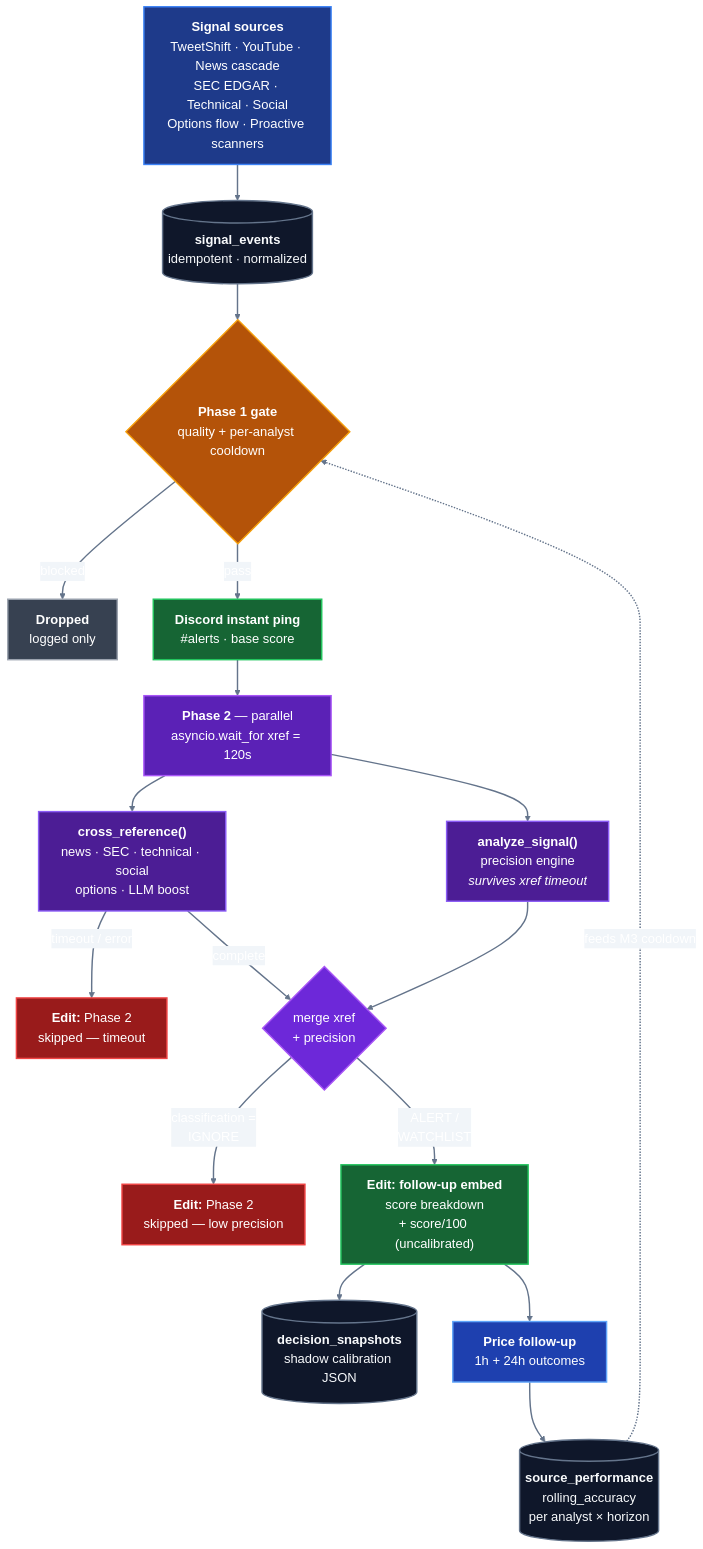
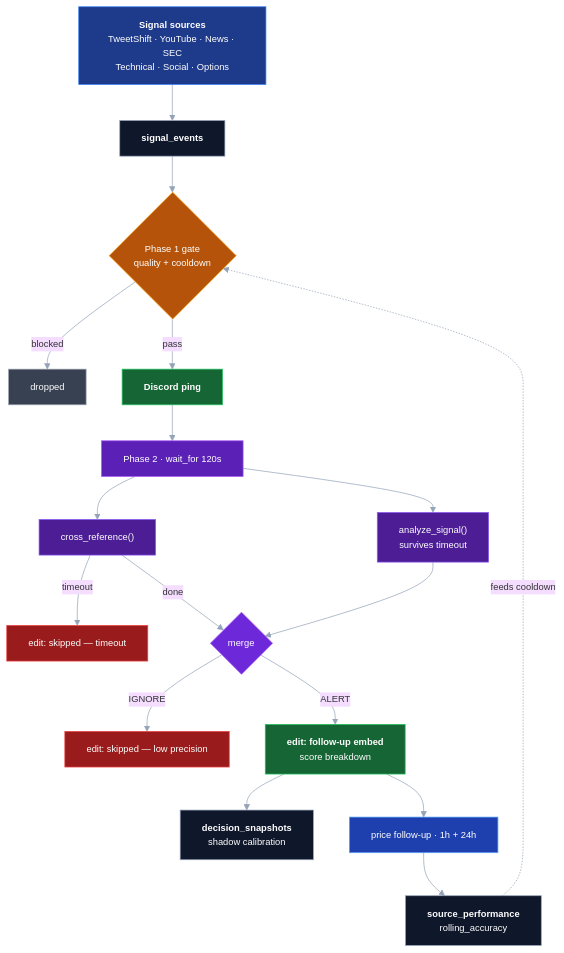
Before and after one commit to chopra2007/openclaw--StockTicker-Signals-Discord-Bot: the diagram in README.md, drawn with Mermaid.

First paragraph of the commit message:
docs: shrink Mermaid diagram + fix invisible-text on database nodes
Two problems in #6:

````diff
--- a/README.md
+++ b/README.md
@@ -9,47 +9,37 @@
 ```mermaid
-%%{init: {'theme':'base','themeVariables':{'fontSize':'18px','fontFamily':'ui-sans-serif, system-ui, sans-serif','primaryColor':'#1e40af','primaryTextColor':'#ffffff','primaryBorderColor':'#60a5fa','lineColor':'#475569','edgeLabelBackground':'#f1f5f9','tertiaryColor':'#0f172a'}}}%%
+%%{init: {'theme':'base','themeVariables':{'fontSize':'13px','lineColor':'#94a3b8'}}}%%
 flowchart TD
-    SRC["<b>Signal sources</b><br/>TweetShift · YouTube · News cascade<br/>SEC EDGAR · Technical · Social<br/>Options flow · Proactive scanners"]
+    SRC["<b>Signal sources</b><br/>TweetShift · YouTube · News · SEC<br/>Technical · Social · Options"]
+    SRC --> INGEST["<b>signal_events</b>"]
+    INGEST --> P1{"Phase 1 gate<br/>quality + cooldown"}
+    P1 -->|blocked| DROP["dropped"]
+    P1 -->|pass| PING["<b>Discord ping</b>"]
+    PING --> P2["Phase 2 · wait_for 120s"]
+    P2 --> XREF["cross_reference()"]
+    P2 --> PREC["analyze_signal()<br/>survives timeout"]
+    XREF -->|timeout| SKIP1["edit: skipped — timeout"]
+    XREF -->|done| MERGE{merge}
+    PREC --> MERGE
+    MERGE -->|IGNORE| SKIP2["edit: skipped — low precision"]
+    MERGE -->|ALERT| FOLLOW["<b>edit: follow-up embed</b><br/>score breakdown"]
+    FOLLOW --> SHADOW["<b>decision_snapshots</b><br/>shadow calibration"]
+    FOLLOW --> TRACK["price follow-up · 1h + 24h"]
+    TRACK --> PERF["<b>source_performance</b><br/>rolling_accuracy"]
+    PERF -.->|feeds cooldown| P1
 
-    SRC --> INGEST[("<b>signal_events</b><br/>idempotent · normalized")]
-
-    INGEST --> P1{"<b>Phase 1 gate</b><br/>quality + per-analyst cooldown"}
-    P1 -->|blocked| DROP["<b>Dropped</b><br/>logged only"]
-    P1 -->|pass| PING["<b>Discord instant ping</b><br/>#alerts · base score"]
-
-    PING --> P2["<b>Phase 2</b> — parallel<br/>asyncio.wait_for xref = 120s"]
-
-    P2 --> XREF["<b>cross_reference()</b><br/>news · SEC · technical · social<br/>options · LLM boost"]
-    P2 --> PREC["<b>analyze_signal()</b><br/>precision engine<br/><i>survives xref timeout</i>"]
-
-    XREF -->|timeout / error| SKIP1["<b>Edit:</b> Phase 2<br/>skipped — timeout"]
-    XREF -->|complete| MERGE{"merge xref<br/>+ precision"}
-    PREC --> MERGE
-
-    MERGE -->|classification =<br/>IGNORE| SKIP2["<b>Edit:</b> Phase 2<br/>skipped — low precision"]
-    MERGE -->|ALERT /<br/>WATCHLIST| FOLLOW["<b>Edit: follow-up embed</b><br/>score breakdown<br/>+ score/100 (uncalibrated)"]
-
-    FOLLOW --> SHADOW[("<b>decision_snapshots</b><br/>shadow calibration JSON")]
-    FOLLOW --> TRACK["<b>Price follow-up</b><br/>1h + 24h outcomes"]
-
-    TRACK --> PERF[("<b>source_performance</b><br/>rolling_accuracy<br/>per analyst × horizon")]
-    PERF -.->|feeds M3 cooldown| P1
-
-    style SRC      fill:#1e3a8a,stroke:#3b82f6,stroke-width:2px,color:#ffffff
-    style INGEST   fill:#0f172a,stroke:#64748b,stroke-width:2px,color:#f8fafc
-    style P1       fill:#b45309,stroke:#f59e0b,stroke-width:2px,color:#ffffff
-    style PING     fill:#166534,stroke:#22c55e,stroke-width:2px,color:#ffffff
-    style P2       fill:#5b21b6,stroke:#a855f7,stroke-width:2px,color:#ffffff
-    style XREF     fill:#4c1d95,stroke:#8b5cf6,stroke-width:2px,color:#ffffff
-    style PREC     fill:#4c1d95,stroke:#8b5cf6,stroke-width:2px,color:#ffffff
-    style MERGE    fill:#6d28d9,stroke:#a855f7,stroke-width:2px,color:#ffffff
-    style FOLLOW   fill:#166534,stroke:#22c55e,stroke-width:2px,color:#ffffff
-    style SKIP1    fill:#991b1b,stroke:#ef4444,stroke-width:2px,color:#ffffff
-    style SKIP2    fill:#991b1b,stroke:#ef4444,stroke-width:2px,color:#ffffff
-    style DROP     fill:#374151,stroke:#9ca3af,stroke-width:2px,color:#ffffff
-    style SHADOW   fill:#0f172a,stroke:#64748b,stroke-width:2px,color:#f8fafc
-    style TRACK    fill:#1e40af,stroke:#60a5fa,stroke-width:2px,color:#ffffff
-    style PERF     fill:#0f172a,stroke:#64748b,stroke-width:2px,color:#f8fafc
-
-    linkStyle default stroke:#64748b,stroke-width:2px
+    style SRC      fill:#1e3a8a,stroke:#3b82f6,color:#ffffff
+    style INGEST   fill:#0f172a,stroke:#94a3b8,color:#ffffff
+    style P1       fill:#b45309,stroke:#f59e0b,color:#ffffff
+    style PING     fill:#166534,stroke:#22c55e,color:#ffffff
+    style P2       fill:#5b21b6,stroke:#a855f7,color:#ffffff
+    style XREF     fill:#4c1d95,stroke:#8b5cf6,color:#ffffff
+    style PREC     fill:#4c1d95,stroke:#8b5cf6,color:#ffffff
+    style MERGE    fill:#6d28d9,stroke:#a855f7,color:#ffffff
+    style FOLLOW   fill:#166534,stroke:#22c55e,color:#ffffff
+    style SKIP1    fill:#991b1b,stroke:#ef4444,color:#ffffff
+    style SKIP2    fill:#991b1b,stroke:#ef4444,color:#ffffff
+    style DROP     fill:#374151,stroke:#9ca3af,color:#ffffff
+    style SHADOW   fill:#0f172a,stroke:#94a3b8,color:#ffffff
+    style TRACK    fill:#1e40af,stroke:#60a5fa,color:#ffffff
+    style PERF     fill:#0f172a,stroke:#94a3b8,color:#ffffff
 ```
````
